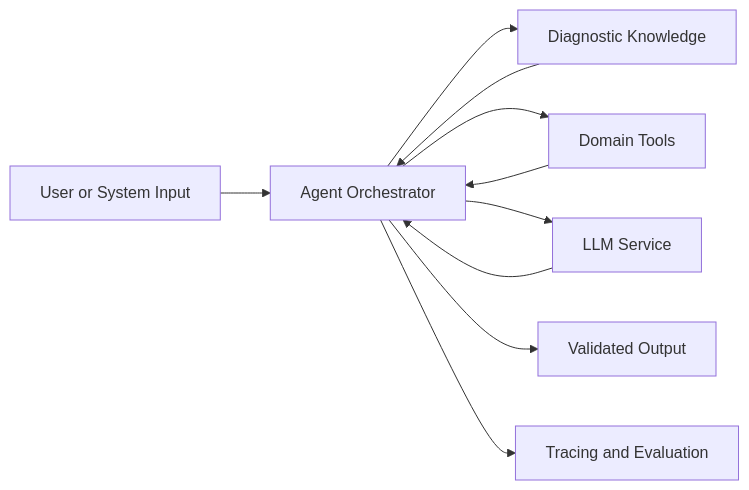
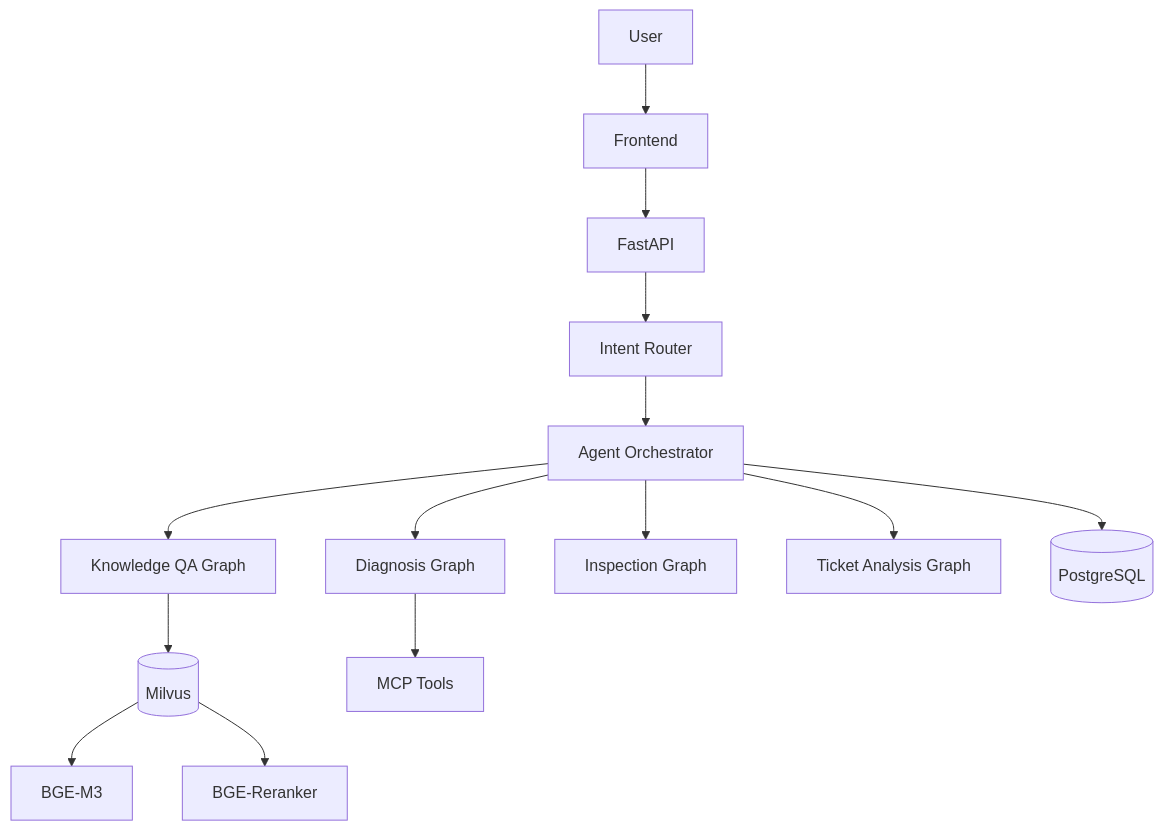
Before and after one commit to luy313412-web/luy313412-web.github.io: the diagram in docs/projects/industrial-agent.md, drawn with Mermaid. The commit also changed other lines of this file, not shown here.

````diff
--- a/docs/projects/industrial-agent.md
+++ b/docs/projects/industrial-agent.md
@@ -46,12 +44,38 @@
-```mermaid
-flowchart LR
-    A[User or System Input] --> B[Agent Orchestrator]
-    B --> C[Diagnostic Knowledge]
-    B --> D[Domain Tools]
-    B --> E[LLM Service]
-    C --> B
-    D --> B
-    E --> B
-    B --> F[Validated Output]
-    B --> G[Tracing and Evaluation]
+``` mermaid
+flowchart TB
+
+User[User]
+FE[Frontend]
+API[FastAPI]
+Router[Intent Router]
+Orchestrator[Agent Orchestrator]
+
+Diagnosis[Diagnosis Graph]
+Knowledge[Knowledge QA Graph]
+Inspection[Inspection Graph]
+Ticket[Ticket Analysis Graph]
+
+VectorDB[(Milvus)]
+Embedding[BGE-M3]
+Reranker[BGE-Reranker]
+
+Memory[(PostgreSQL)]
+Tools[MCP Tools]
+
+User --> FE
+FE --> API
+API --> Router
+Router --> Orchestrator
+
+Orchestrator --> Diagnosis
+Orchestrator --> Knowledge
+Orchestrator --> Inspection
+Orchestrator --> Ticket
+
+Knowledge --> VectorDB
+VectorDB --> Embedding
+VectorDB --> Reranker
+
+Orchestrator --> Memory
+Diagnosis --> Tools
 ```
````
